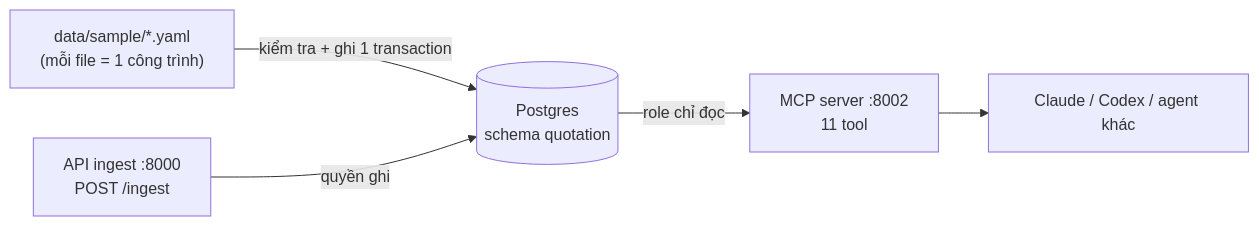
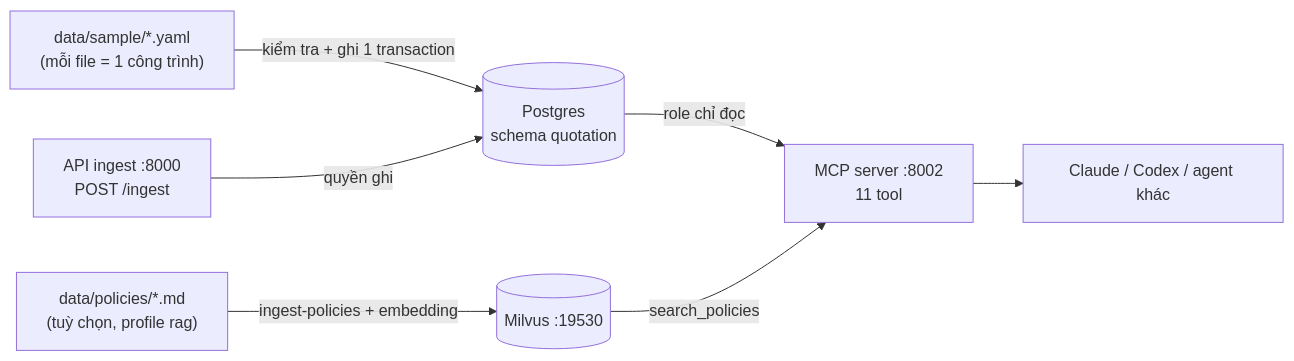
One commit to sigpima/knowledge_base changed the diagram in README.md. Above: the diagram before and after it, drawn with Mermaid. The commit also changed other lines of this file and 6 other files, not shown here.

Commit message:
docs(policy): compose rag profile with Milvus and RAG documentation

````diff
--- a/README.md
+++ b/README.md
@@ -42,7 +42,9 @@
 ```mermaid
 flowchart LR
     Y["data/sample/*.yaml<br/>(mỗi file = 1 công trình)"] -->|"kiểm tra + ghi 1 transaction"| P[("Postgres<br/>schema quotation")]
     P -->|"role chỉ đọc"| M["MCP server :8002<br/>11 tool"]
+    Q["data/policies/*.md<br/>(tuỳ chọn, profile rag)"] -->|"ingest-policies + embedding"| V[("Milvus :19530")]
+    V -->|"search_policies"| M
     M --> A["Claude / Codex / agent khác"]
     I["API ingest :8000<br/>POST /ingest"] -->|"quyền ghi"| P
 ```
````
